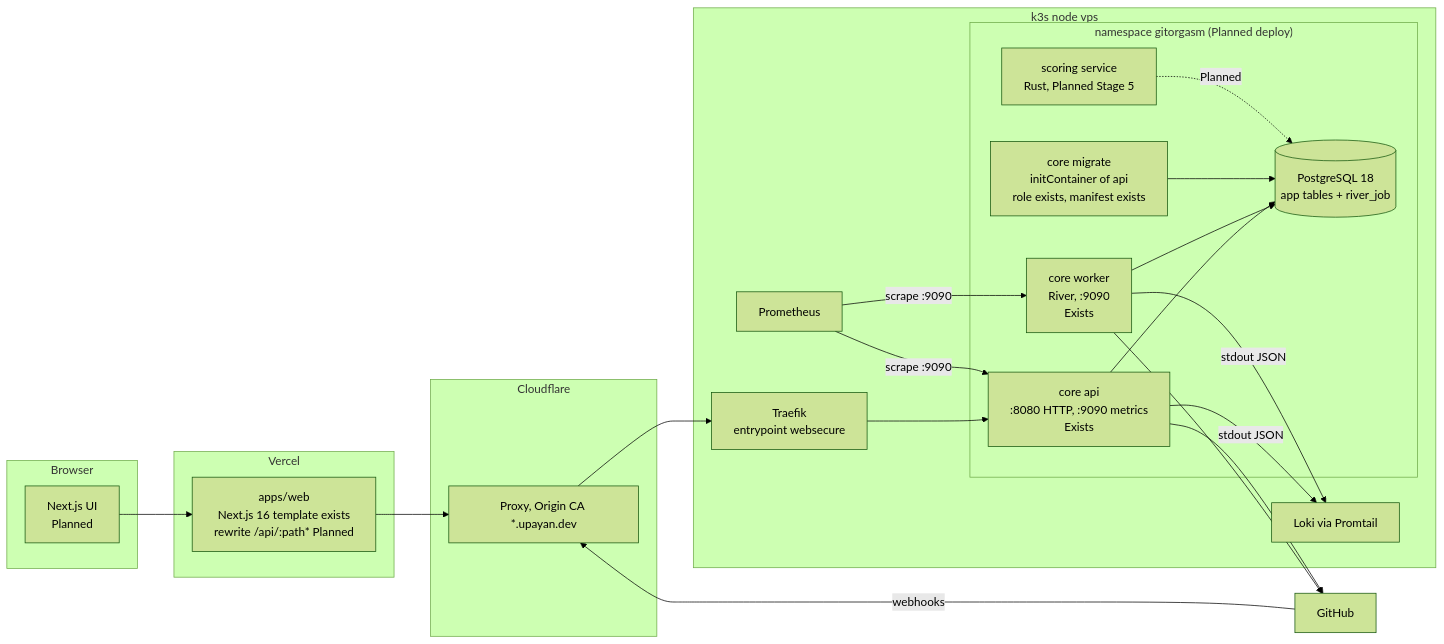
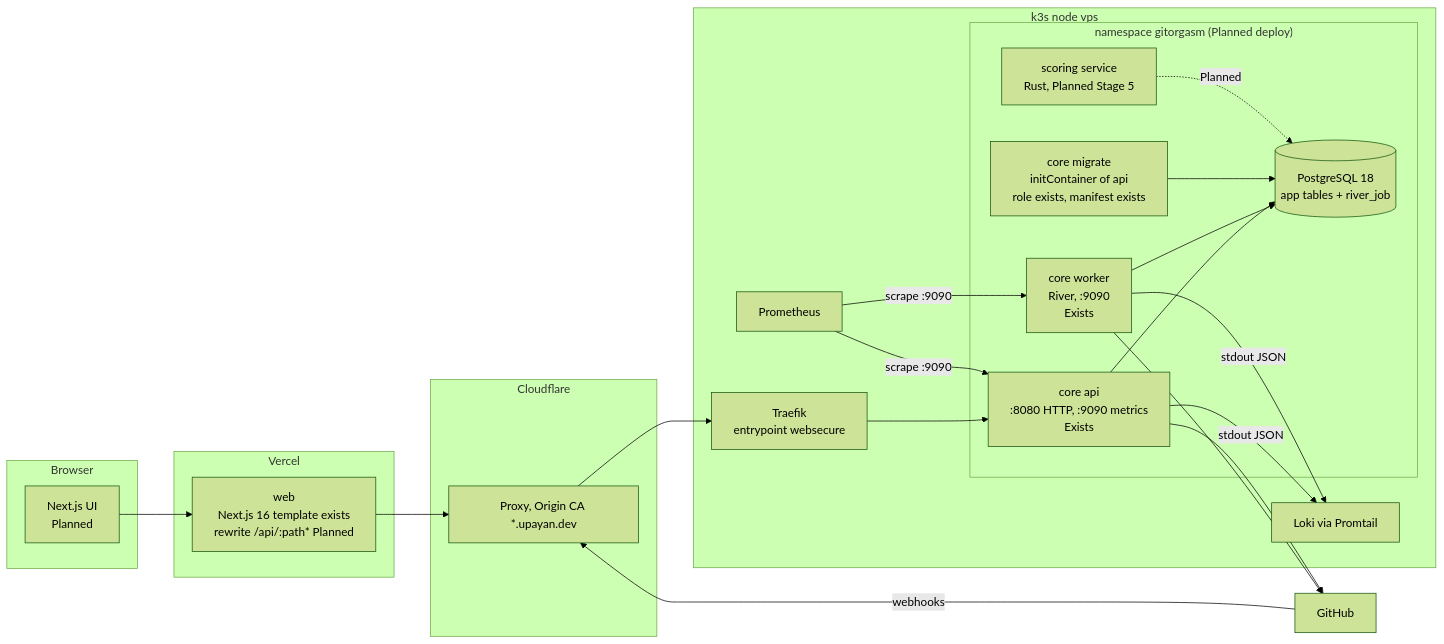
Before and after one commit to upayanmazumder/gitorgasm: the second of 4 diagrams in docs/architecture/system-architecture.md, drawn with Mermaid (forest theme). The commit also changed other lines of this file and 143 other files, not shown here.

````diff
--- a/docs/architecture/system-architecture.md
+++ b/docs/architecture/system-architecture.md
@@ -33,38 +33,38 @@
 ```mermaid
 flowchart LR
   subgraph browser["Browser"]
     ui[Next.js UI<br/>Planned]
   end
   subgraph vercel["Vercel"]
-    web[apps/web<br/>Next.js 16 template exists<br/>rewrite /api/:path* Planned]
+    web[web<br/>Next.js 16 template exists<br/>rewrite /api/:path* Planned]
   end
   subgraph edge["Cloudflare"]
     cfp[Proxy, Origin CA *.upayan.dev]
   end
   subgraph k3s["k3s node vps"]
     traefik[Traefik<br/>entrypoint websecure]
     subgraph ns["namespace gitorgasm (Planned deploy)"]
       api[core api<br/>:8080 HTTP, :9090 metrics<br/>Exists]
       worker[core worker<br/>River, :9090<br/>Exists]
       migrate[core migrate<br/>initContainer of api<br/>role exists, manifest exists]
       pg[(PostgreSQL 18<br/>app tables + river_job)]
       scoring[scoring service<br/>Rust, Planned Stage 5]
     end
     prom[Prometheus]
     loki[Loki via Promtail]
   end
   gh[GitHub]
 
   ui --> web --> cfp --> traefik --> api
   gh -->|webhooks| cfp
   api --> pg
   worker --> pg
   migrate --> pg
   scoring -. Planned .-> pg
   worker --> gh
   api --> gh
   prom -->|scrape :9090| api
   prom -->|scrape :9090| worker
   api -->|stdout JSON| loki
   worker -->|stdout JSON| loki
 ```
````
